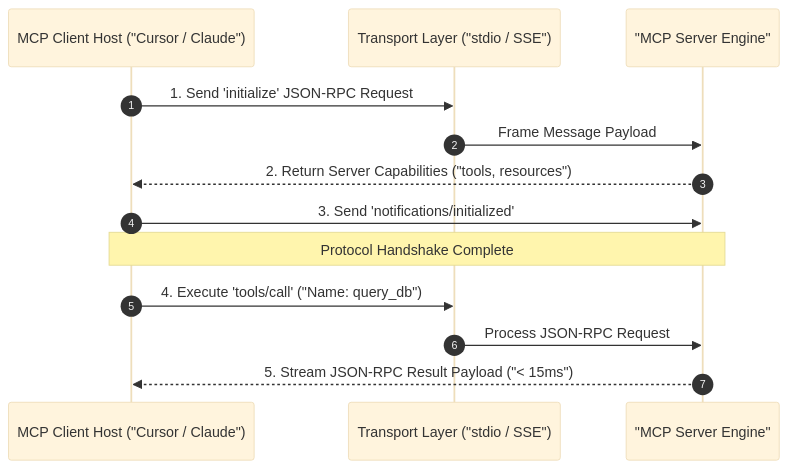
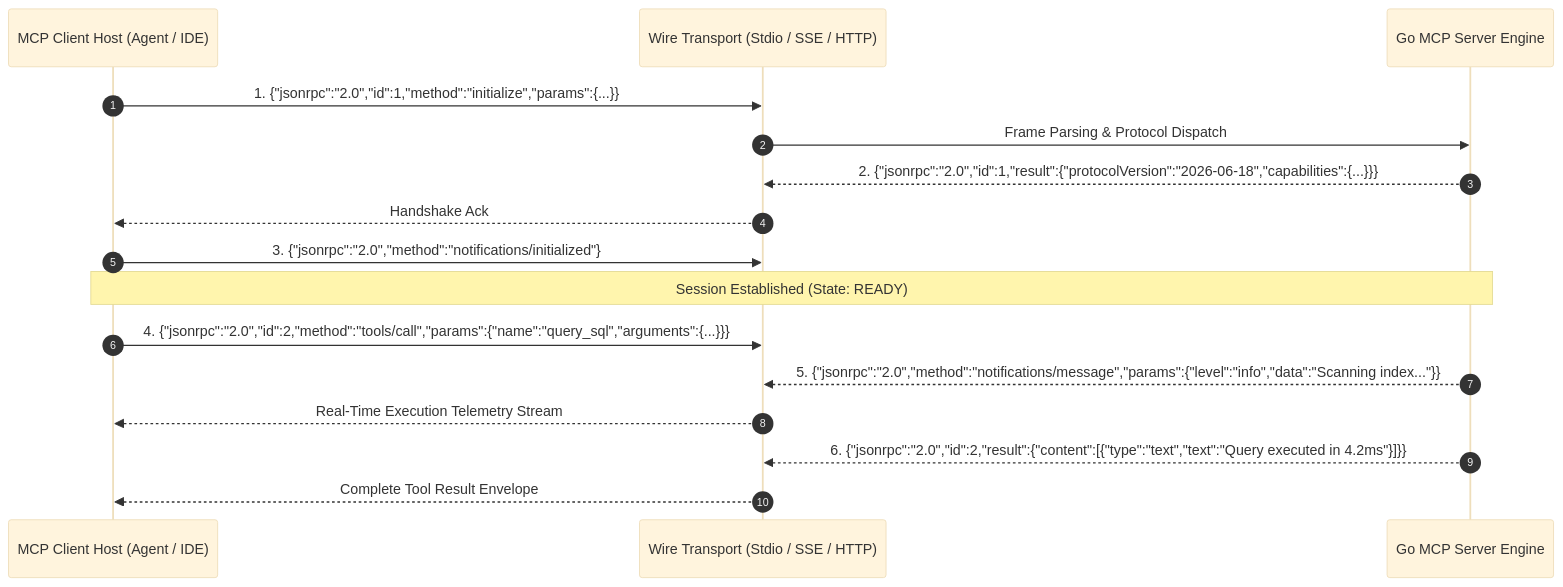
One commit to vesviet/vesviet changed the first of 4 diagrams in content/series/mcp-engineering-in-production/part-1-protocol.md. Above: the diagram before and after it, drawn with Mermaid (base theme). The commit also changed other lines of this file and 26 other files, not shown here.

````diff
--- a/content/series/mcp-engineering-in-production/part-1-protocol.md
+++ b/content/series/mcp-engineering-in-production/part-1-protocol.md
@@ -46,18 +43,19 @@
 ```mermaid
 sequenceDiagram
     autonumber
-    participant Host as MCP Client Host ("Cursor / Claude")
-    participant Transport as Transport Layer ("stdio / SSE")
-    participant Server as "MCP Server Engine"
+    participant Client as MCP Client Host (Agent / IDE)
+    participant Pipe as Wire Transport (Stdio / SSE / HTTP)
+    participant Server as Go MCP Server Engine
 
-    Host->>Transport: 1. Send 'initialize' JSON-RPC Request
-    Transport->>Server: Frame Message Payload
-    Server-->>Host: 2. Return Server Capabilities ("tools, resources")
-    Host->>Server: 3. Send 'notifications/initialized'
-    
-    note over Host,Server: Protocol Handshake Complete
-
-    Host->>Transport: 4. Execute 'tools/call' ("Name: query_db")
-    Transport->>Server: Process JSON-RPC Request
-    Server-->>Host: 5. Stream JSON-RPC Result Payload ("< 15ms")
+    Client->>Pipe: 1. {"jsonrpc":"2.0","id":1,"method":"initialize","params":{...}}
+    Pipe->>Server: Frame Parsing & Protocol Dispatch
+    Server-->>Pipe: 2. {"jsonrpc":"2.0","id":1,"result":{"protocolVersion":"2026-06-18","capabilities":{...}}}
+    Pipe-->>Client: Handshake Ack
+    Client->>Pipe: 3. {"jsonrpc":"2.0","method":"notifications/initialized"}
+    Note over Client,Server: Session Established (State: READY)
+    Client->>Pipe: 4. {"jsonrpc":"2.0","id":2,"method":"tools/call","params":{"name":"query_sql","arguments":{...}}}
+    Server-->>Pipe: 5. {"jsonrpc":"2.0","method":"notifications/message","params":{"level":"info","data":"Scanning index..."}}
+    Pipe-->>Client: Real-Time Execution Telemetry Stream
+    Server-->>Pipe: 6. {"jsonrpc":"2.0","id":2,"result":{"content":[{"type":"text","text":"Query executed in 4.2ms"}]}}
+    Pipe-->>Client: Complete Tool Result Envelope
 ```
````
